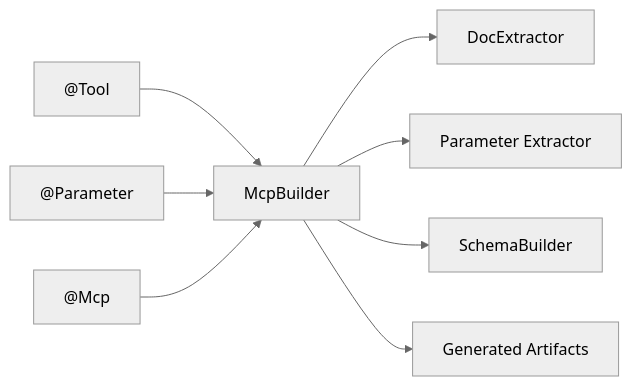
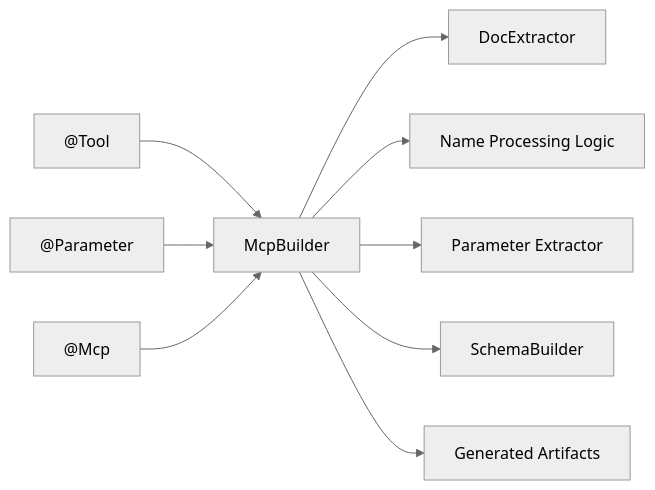
The eighth of 8 diagrams in .qoder/repowiki/en/content/Annotations Reference/@Tool Annotation.md (cdavis-code/easy_mcp_workspace), drawn with Mermaid (neutral theme) before and after one commit. The commit also changed other lines of this file and 8 other files, not shown here.

````diff
--- a/.qoder/repowiki/en/content/Annotations Reference/@Tool Annotation.md
+++ b/.qoder/repowiki/en/content/Annotations Reference/@Tool Annotation.md
@@ -383,10 +499,11 @@
 ```mermaid
 graph LR
 Tool["@Tool"] --> Builder["McpBuilder"]
 Parameter["@Parameter"] --> Builder
 Mcp["@Mcp"] --> Builder
 Builder --> DocExt["DocExtractor"]
+Builder --> NameProcessor["Name Processing Logic"]
 Builder --> ParamExtractor["Parameter Extractor"]
 Builder --> SchemaBuilder["SchemaBuilder"]
 Builder --> Artifacts["Generated Artifacts"]
 ```
````
